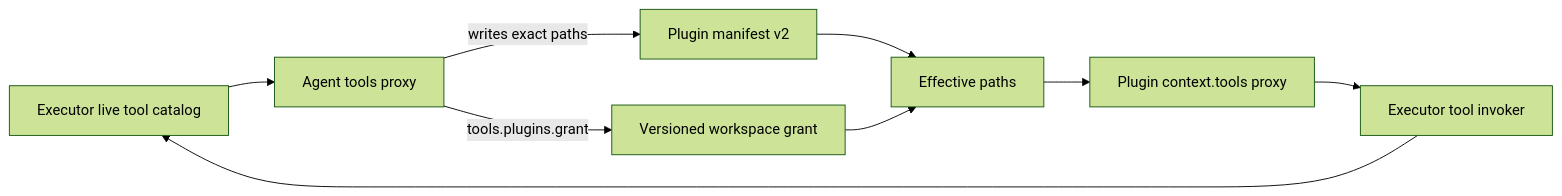
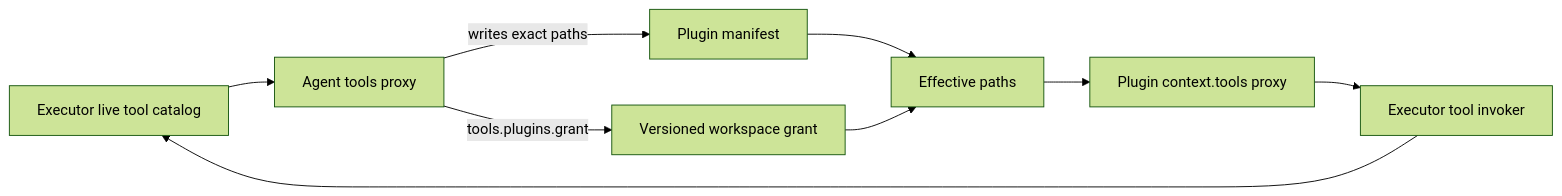
Before and after one commit to tanishqkancharla/halo-v2: the second of 4 diagrams in specs/executor-tool-capabilities-for-plugins.md, drawn with Mermaid (forest theme). The commit also changed other lines of this file and 5 other files, not shown here.

````diff
--- a/specs/executor-tool-capabilities-for-plugins.md
+++ b/specs/executor-tool-capabilities-for-plugins.md
@@ -17,11 +17,11 @@
 ```mermaid
 flowchart LR
     Catalog[Executor live tool catalog] --> Agent[Agent tools proxy]
-    Agent -->|writes exact paths| Manifest[Plugin manifest v2]
+    Agent -->|writes exact paths| Manifest[Plugin manifest]
     Agent -->|tools.plugins.grant| Grants[Versioned workspace grant]
     Manifest --> Effective[Effective paths]
     Grants --> Effective
     Effective --> PluginProxy[Plugin context.tools proxy]
     PluginProxy --> Invoker[Executor tool invoker]
     Invoker --> Catalog
 ```
````
